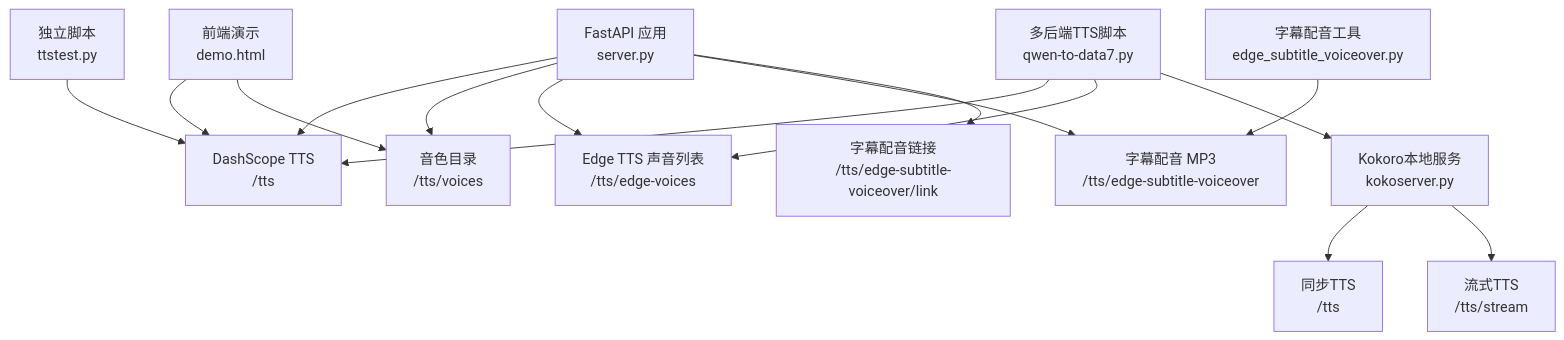
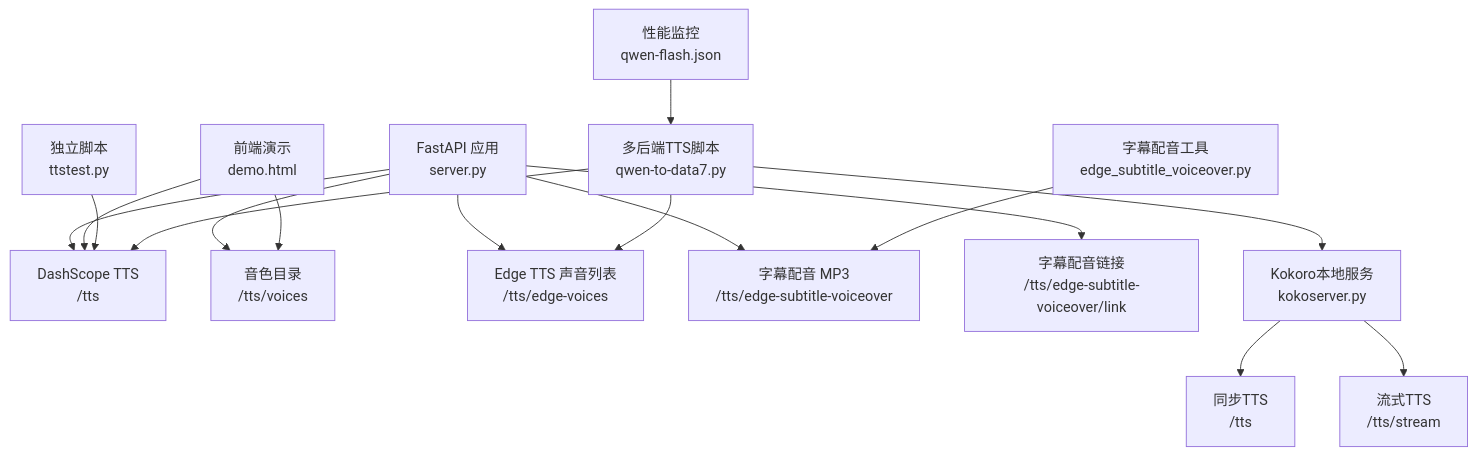
The first of 10 diagrams in .qoder/repowiki/zh/content/语音合成服务/语音合成服务.md (1024dashen/Vue3Speech), drawn with Mermaid before and after one commit. The commit also changed other lines of this file and 5 other files, not shown here.

````diff
--- a/.qoder/repowiki/zh/content/语音合成服务/语音合成服务.md
+++ b/.qoder/repowiki/zh/content/语音合成服务/语音合成服务.md
@@ -53,17 +56,18 @@
 ```mermaid
 graph TB
 A["FastAPI 应用<br/>server.py"] --> B["DashScope TTS<br/>/tts"]
 A --> C["音色目录<br/>/tts/voices"]
 A --> D["Edge TTS 声音列表<br/>/tts/edge-voices"]
 A --> E["字幕配音 MP3<br/>/tts/edge-subtitle-voiceover"]
 A --> F["字幕配音链接<br/>/tts/edge-subtitle-voiceover/link"]
 G["前端演示<br/>demo.html"] --> B
 G --> C
 H["独立脚本<br/>ttstest.py"] --> B
 I["字幕配音工具<br/>edge_subtitle_voiceover.py"] --> E
 J["多后端TTS脚本<br/>qwen-to-data7.py"] --> B
 J --> D
 J --> K["Kokoro本地服务<br/>kokoserver.py"]
 K --> L["同步TTS<br/>/tts"]
 K --> M["流式TTS<br/>/tts/stream"]
+N["性能监控<br/>qwen-flash.json"] --> J
 ```
````
